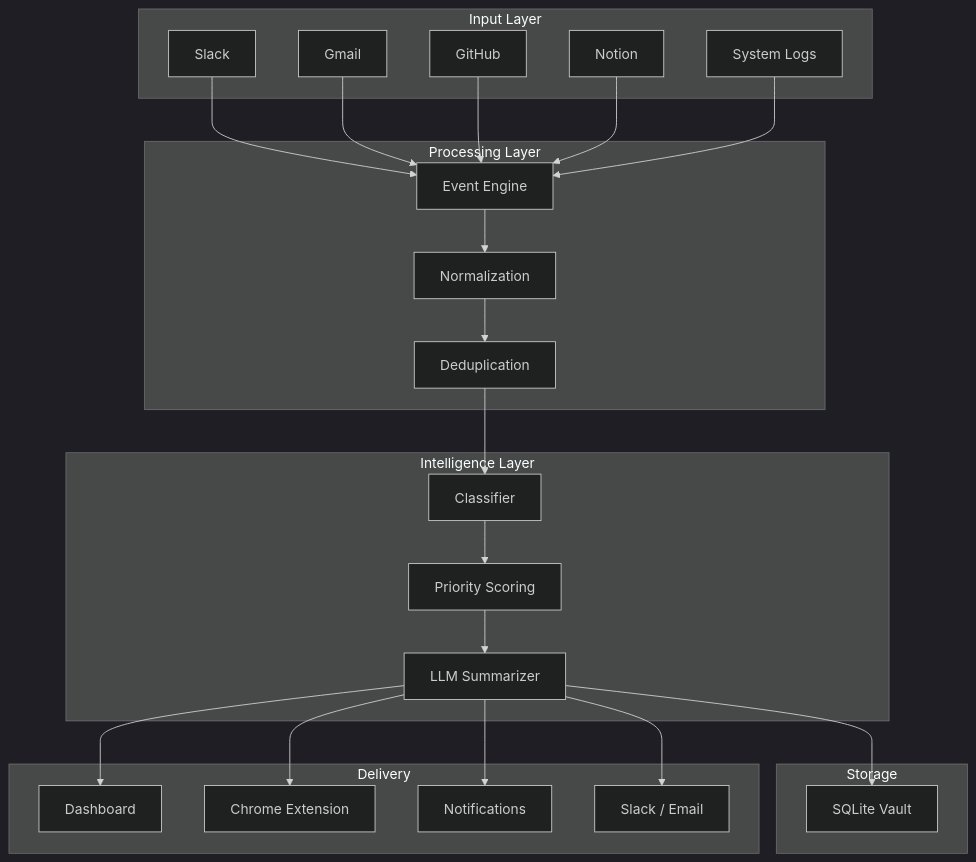
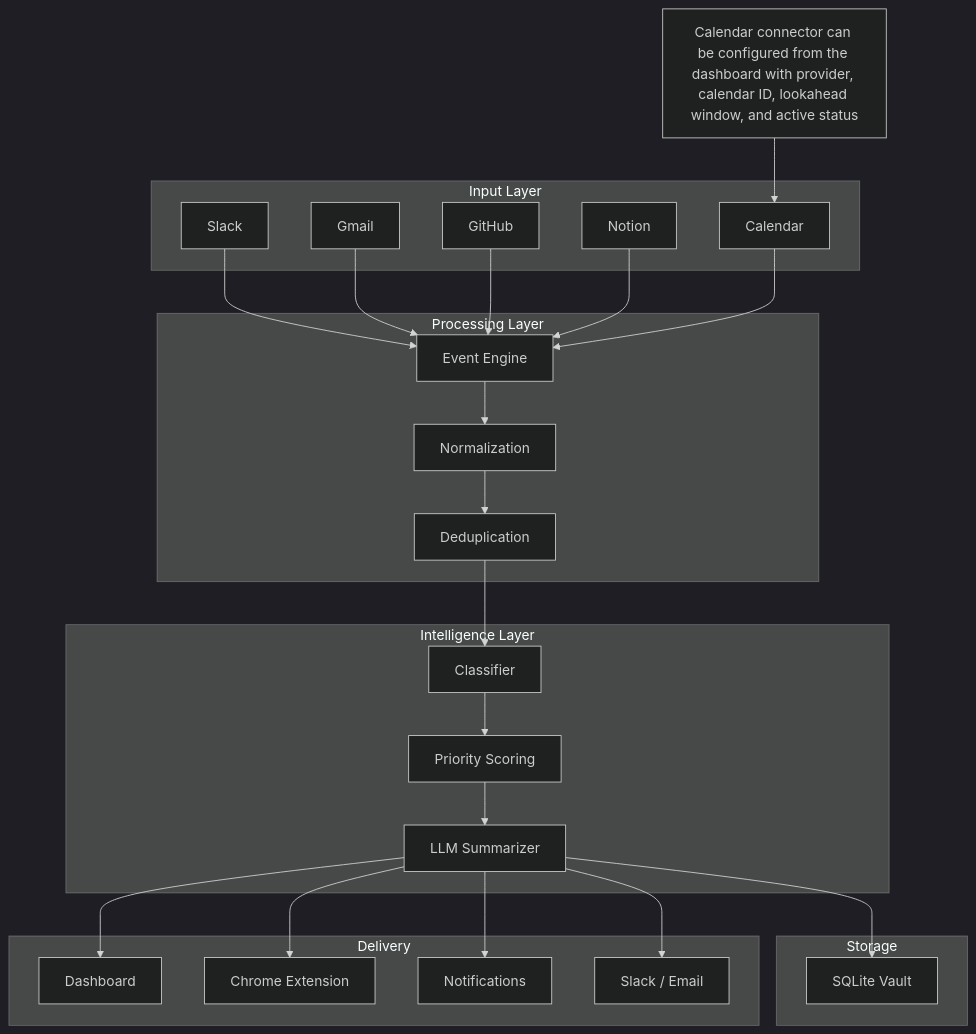
Before and after one commit to sid0803/heartbeat-script: the second of 3 diagrams in README.md, drawn with Mermaid (dark theme). The commit also changed other lines of this file and 27 other files, not shown here.

````diff
--- a/README.md
+++ b/README.md
@@ -52,45 +52,48 @@
 ```mermaid
 graph TD
     subgraph Input Layer
         A1[Slack]
         A2[Gmail]
         A3[GitHub]
         A4[Notion]
-        A5[System Logs]
+        A5[Calendar]
     end
+
+    Note[Calendar connector can be configured from the dashboard with provider, calendar ID, lookahead window, and active status]
+    Note --> A5
 
     subgraph Processing Layer
         B1[Event Engine]
         B2[Normalization]
         B3[Deduplication]
     end
 
     subgraph Intelligence Layer
         C1[Classifier]
         C2[Priority Scoring]
         C3[LLM Summarizer]
     end
 
     subgraph Storage
         D1[SQLite Vault]
     end
 
     subgraph Delivery
         E1[Dashboard]
         E2[Chrome Extension]
         E3[Notifications]
         E4[Slack / Email]
     end
 
     A1 --> B1
     A2 --> B1
     A3 --> B1
     A4 --> B1
     A5 --> B1
 
     B1 --> B2 --> B3 --> C1 --> C2 --> C3 --> D1
     C3 --> E1
     C3 --> E2
     C3 --> E3
     C3 --> E4
 ```
````
